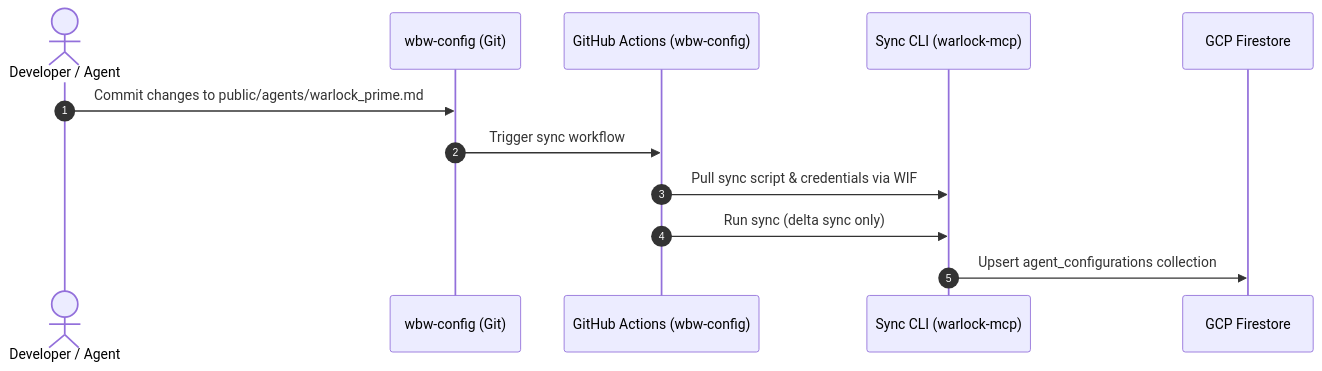
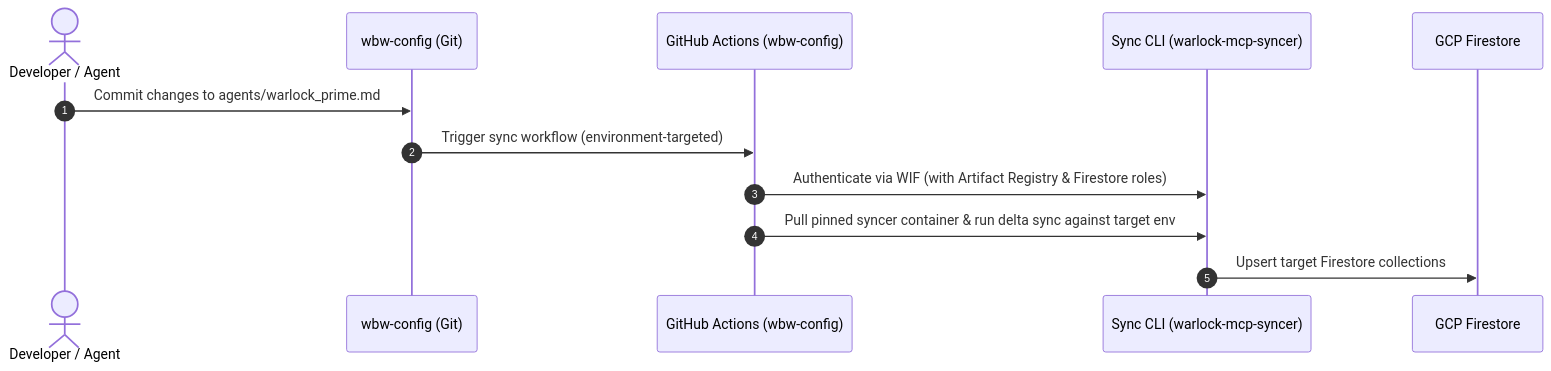
The second of 2 diagrams in adrs/0002-repository-split-and-gitops-config-separation.md (Works-by-Worrell/wbw-architecture), drawn with Mermaid before and after one commit. The commit also changed other lines of this file and 1 other file, not shown here.

Commit message:
docs(arch): updating repo split adr and blueprint

````diff
--- a/adrs/0002-repository-split-and-gitops-config-separation.md
+++ b/adrs/0002-repository-split-and-gitops-config-separation.md
@@ -131,15 +131,15 @@
     ```mermaid
     sequenceDiagram
         autonumber
         actor Dev as Developer / Agent
         participant ConfigRepo as wbw-config (Git)
         participant CI as GitHub Actions (wbw-config)
-        participant SyncScript as Sync CLI (warlock-mcp)
+        participant SyncScript as Sync CLI (warlock-mcp-syncer)
         participant Firestore as GCP Firestore
 
-        Dev->>ConfigRepo: Commit changes to public/agents/warlock_prime.md
-        ConfigRepo->>CI: Trigger sync workflow
-        CI->>SyncScript: Pull sync script & credentials via WIF
-        CI->>SyncScript: Run sync (delta sync only)
-        SyncScript->>Firestore: Upsert agent_configurations collection
+        Dev->>ConfigRepo: Commit changes to agents/warlock_prime.md
+        ConfigRepo->>CI: Trigger sync workflow (environment-targeted)
+        CI->>SyncScript: Authenticate via WIF (with Artifact Registry & Firestore roles)
+        CI->>SyncScript: Pull pinned syncer container & run delta sync against target env
+        SyncScript->>Firestore: Upsert target Firestore collections
     ```
````
